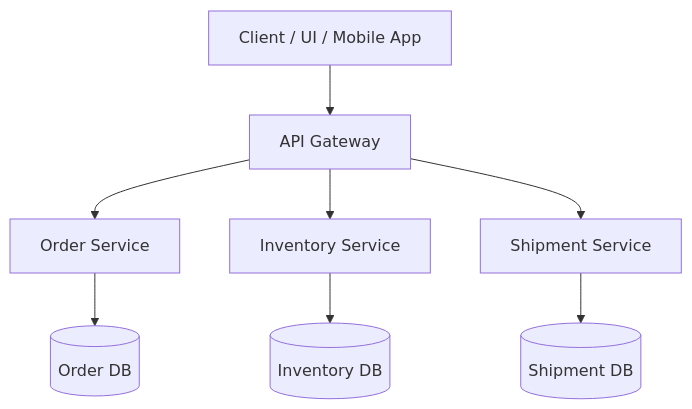
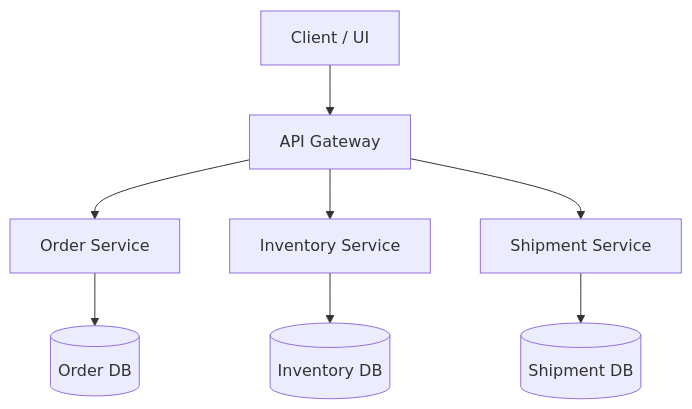
Before and after one commit to chanduujjina/APIGateWay: the diagram in README.md, drawn with Mermaid.

````diff
--- a/README.md
+++ b/README.md
@@ -1,19 +1,19 @@
 ```mermaid
 flowchart TD
-    A[Client / UI / Mobile App]
+    A[Client / UI]
     B[API Gateway]
     C[Order Service]
     D[Inventory Service]
     E[Shipment Service]
     F[(Order DB)]
     G[(Inventory DB)]
     H[(Shipment DB)]
 
     A --> B
     B --> C
     B --> D
     B --> E
     C --> F
     D --> G
     E --> H
 ```
````
